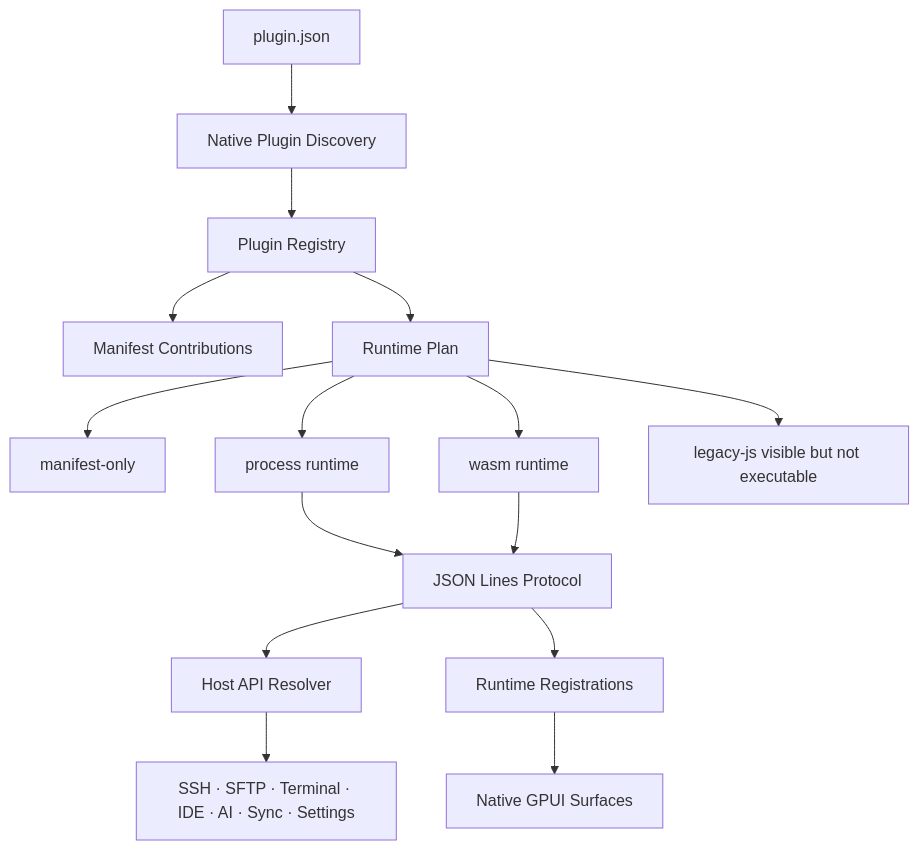
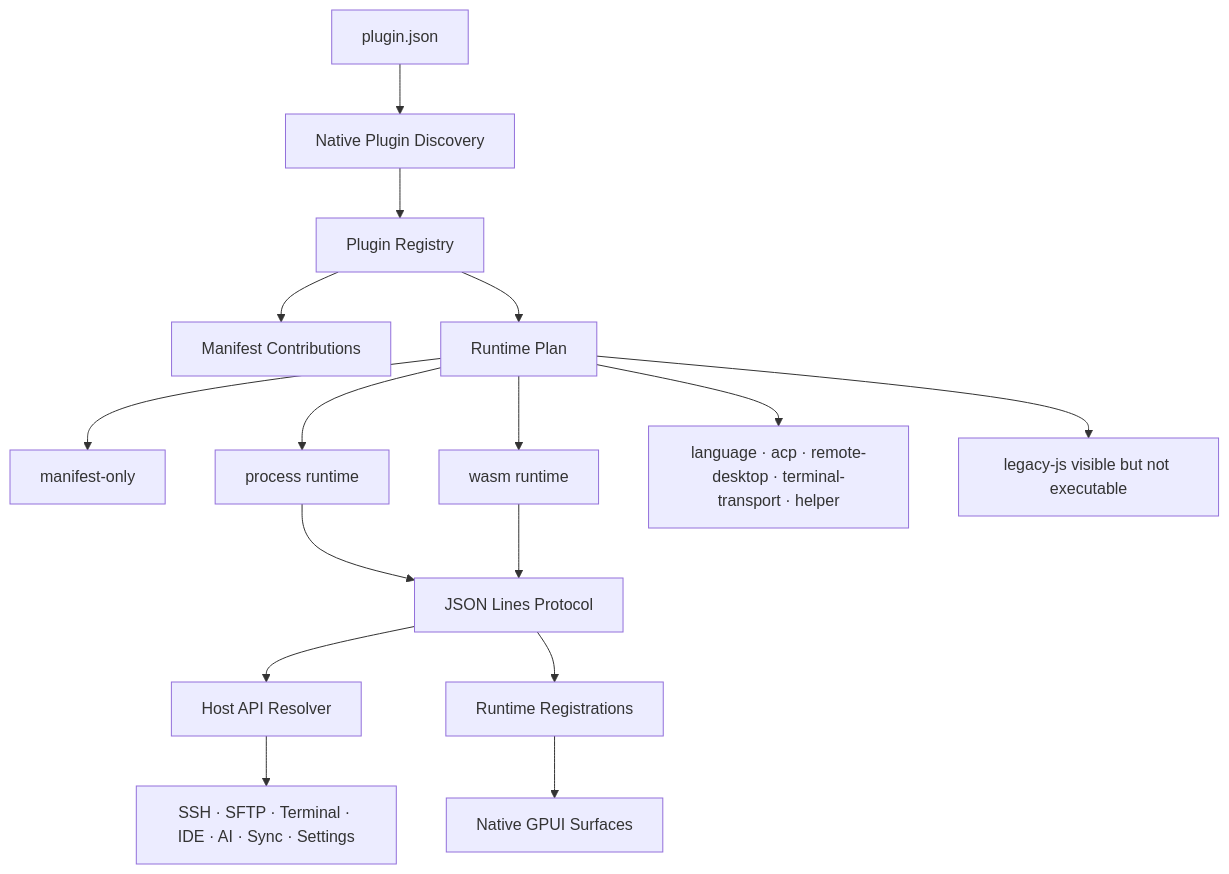
The second of 2 diagrams in src/content/docs/docs/plugin-development.md (AnalyseDeCircuit/oxideterm-web), drawn with Mermaid before and after one commit. The commit also changed other lines of this file and 45 other files, not shown here.

````diff
--- a/src/content/docs/docs/plugin-development.md
+++ b/src/content/docs/docs/plugin-development.md
@@ -579,19 +579,20 @@
 ```mermaid
 flowchart TB
     Manifest["plugin.json"] --> Discovery["Native Plugin Discovery"]
     Discovery --> Registry["Plugin Registry"]
     Registry --> Contributions["Manifest Contributions"]
     Registry --> RuntimePlan["Runtime Plan"]
 
     RuntimePlan --> ManifestOnly["manifest-only"]
     RuntimePlan --> Process["process runtime"]
     RuntimePlan --> Wasm["wasm runtime"]
+    RuntimePlan --> Specialized["language · acp · remote-desktop · terminal-transport · helper"]
     RuntimePlan --> Legacy["legacy-js visible but not executable"]
 
     Process --> Protocol["JSON Lines Protocol"]
     Wasm --> Protocol
     Protocol --> HostApi["Host API Resolver"]
     Protocol --> RuntimeRegs["Runtime Registrations"]
     RuntimeRegs --> UI["Native GPUI Surfaces"]
     HostApi --> Domains["SSH · SFTP · Terminal · IDE · AI · Sync · Settings"]
 ```
````
